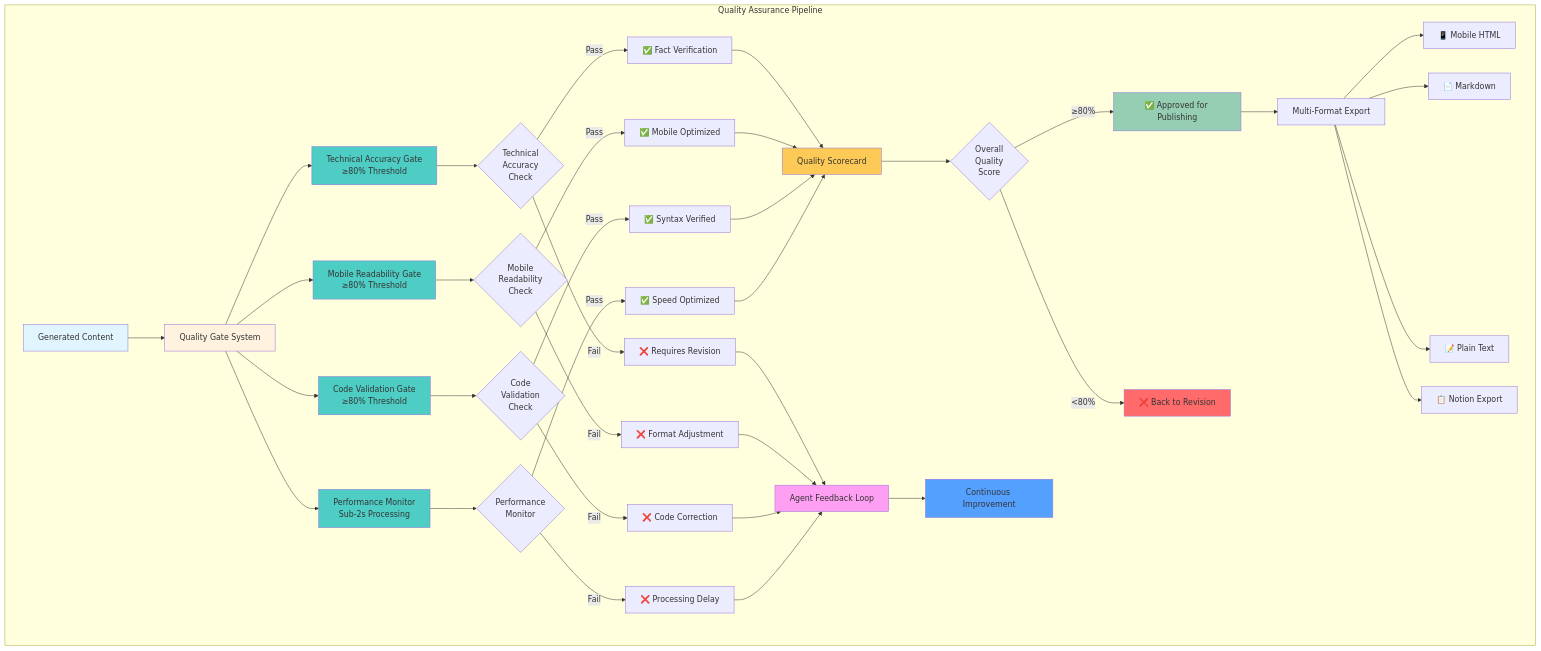
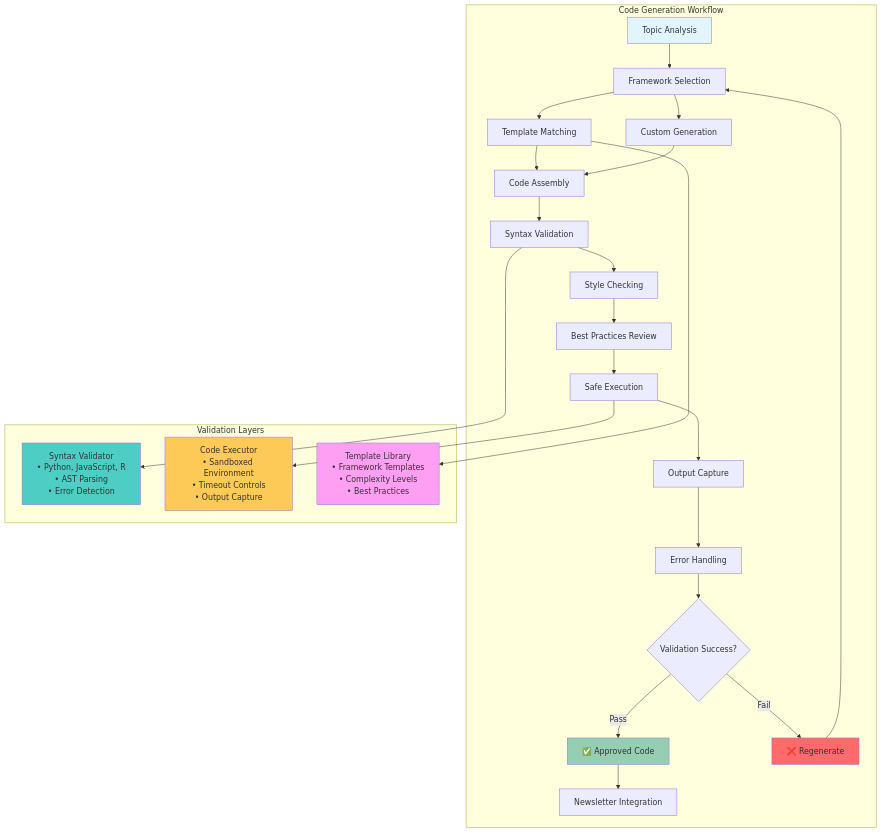
The second of 2 diagrams in docs/project_blog_post.md (jteerlink/newsletter-generator), drawn with Mermaid before and after one commit. The commit also changed other lines of this file and 1 other file, not shown here.

First line of the commit message:
Update README and project blog post to reflect custom multi-agent architecture and enhanced code generation capabilities

````diff
--- a/docs/project_blog_post.md
+++ b/docs/project_blog_post.md
@@ -173,60 +128,43 @@
 ```mermaid
 flowchart TD
-    subgraph "Quality Assurance Pipeline"
-        A[Generated Content] --> B[Quality Gate System]
+    subgraph "Code Generation Workflow"
+        A[Topic Analysis] --> B[Framework Selection]
+        B --> C[Template Matching]
+        B --> D[Custom Generation]
         
-        B --> C[Technical Accuracy Gate<br/>≥80% Threshold]
-        B --> D[Mobile Readability Gate<br/>≥80% Threshold]
-        B --> E[Code Validation Gate<br/>≥80% Threshold]
-        B --> F[Performance Monitor<br/>Sub-2s Processing]
+        C --> E[Code Assembly]
+        D --> E
         
-        C --> G{Technical<br/>Accuracy<br/>Check}
-        G -->|Pass| H[✅ Fact Verification]
-        G -->|Fail| I[❌ Requires Revision]
+        E --> F[Syntax Validation]
+        F --> G[Style Checking]
+        G --> H[Best Practices Review]
         
-        D --> J{Mobile<br/>Readability<br/>Check}
-        J -->|Pass| K[✅ Mobile Optimized]
-        J -->|Fail| L[❌ Format Adjustment]
+        H --> I[Safe Execution]
+        I --> J[Output Capture]
+        J --> K[Error Handling]
         
-        E --> M{Code<br/>Validation<br/>Check}
-        M -->|Pass| N[✅ Syntax Verified]
-        M -->|Fail| O[❌ Code Correction]
+        K --> L{Validation Success?}
+        L -->|Pass| M[✅ Approved Code]
+        L -->|Fail| N[❌ Regenerate]
         
-        F --> P{Performance<br/>Monitor}
-        P -->|Pass| Q[✅ Speed Optimized]
-        P -->|Fail| R[❌ Processing Delay]
-        
-        H --> S[Quality Scorecard]
-        K --> S
-        N --> S
-        Q --> S
-        
-        S --> T{Overall<br/>Quality<br/>Score}
-        T -->|≥80%| U[✅ Approved for Publishing]
-        T -->|<80%| V[❌ Back to Revision]
-        
-        I --> W[Agent Feedback Loop]
-        L --> W
-        O --> W
-        R --> W
-        W --> X[Continuous Improvement]
-        
-        U --> Y[Multi-Format Export]
-        Y --> Z1[📱 Mobile HTML]
-        Y --> Z2[📄 Markdown]
-        Y --> Z3[📝 Plain Text]
-        Y --> Z4[📋 Notion Export]
+        N --> B
+        M --> O[Newsletter Integration]
     end
     
+    subgraph "Validation Layers"
+        P[Syntax Validator<br/>• Python, JavaScript, R<br/>• AST Parsing<br/>• Error Detection]
+        Q[Code Executor<br/>• Sandboxed Environment<br/>• Timeout Controls<br/>• Output Capture]
+        R[Template Library<br/>• Framework Templates<br/>• Complexity Levels<br/>• Best Practices]
+    end
+    
+    F --> P
+    I --> Q
+    C --> R
+    
     style A fill:#e1f5fe
-    style B fill:#fff3e0
-    style C fill:#4ecdc4
-    style D fill:#4ecdc4
-    style E fill:#4ecdc4
-    style F fill:#4ecdc4
-    style U fill:#96ceb4
-    style V fill:#ff6b6b
-    style S fill:#feca57
-    style W fill:#ff9ff3
-    style X fill:#54a0ff
+    style M fill:#96ceb4
+    style N fill:#ff6b6b
+    style P fill:#4ecdc4
+    style Q fill:#feca57
+    style R fill:#ff9ff3
 ```
````
